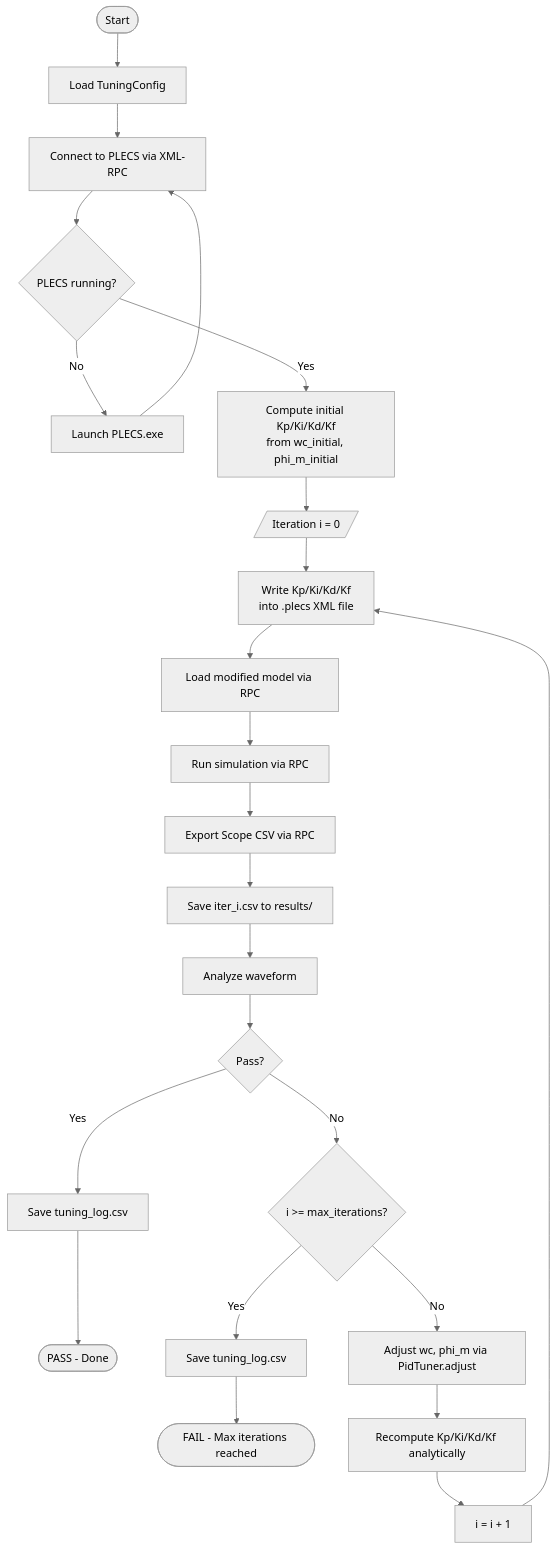
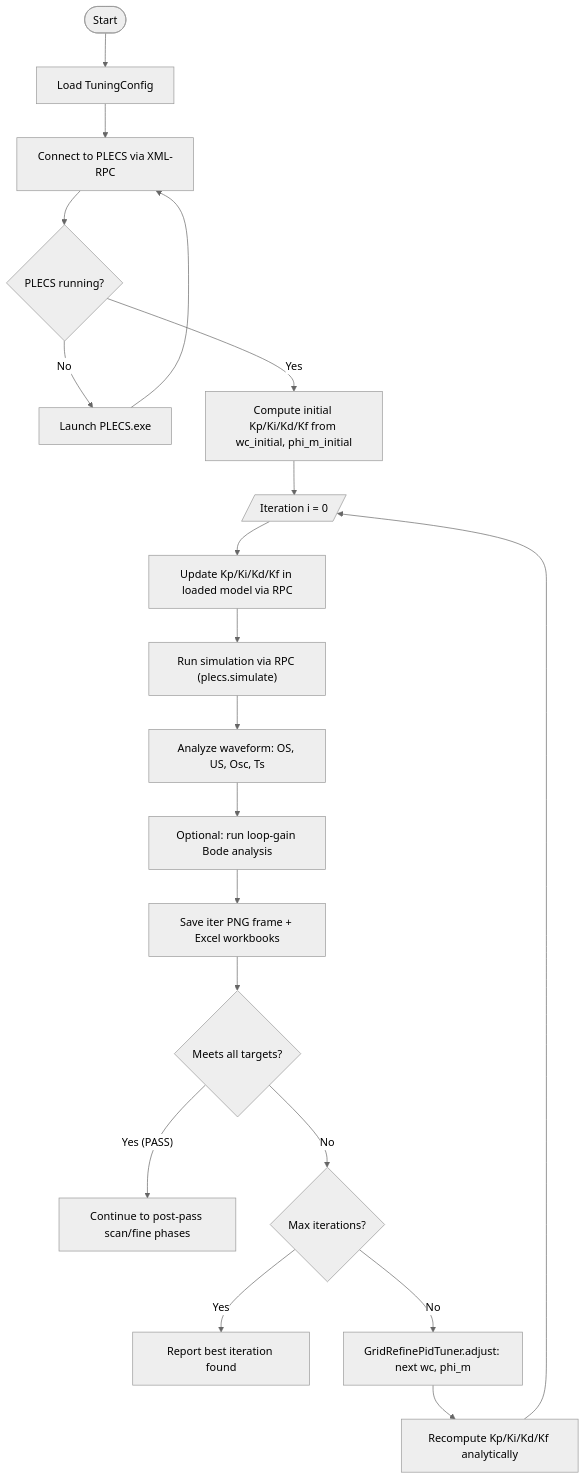
The first of 4 diagrams in README.md (mianliao2000/plecs-pid-autotuner), drawn with Mermaid (neutral theme) before and after one commit. The commit also changed other lines of this file and 4 other files, not shown here.

First line of the commit message:
Switch coarse wc grid to log spacing; fix Run Single Iteration bugs

````diff
--- a/README.md
+++ b/README.md
@@ -174,26 +204,22 @@
 ```mermaid
 flowchart TD
     A([Start]) --> B[Load TuningConfig]
     B --> C[Connect to PLECS via XML-RPC]
     C --> D{PLECS running?}
     D -- No --> E[Launch PLECS.exe]
     E --> C
-    D -- Yes --> F["Compute initial Kp/Ki/Kd/Kf\nfrom wc_initial, phi_m_initial"]
+    D -- Yes --> F["Compute initial Kp/Ki/Kd/Kf from wc_initial, phi_m_initial"]
     F --> G[/Iteration i = 0/]
-    G --> H["Write Kp/Ki/Kd/Kf\ninto .plecs XML file"]
-    H --> I[Load modified model via RPC]
-    I --> J[Run simulation via RPC]
-    J --> K[Export Scope CSV via RPC]
-    K --> L["Save iter_i.csv to results/"]
-    L --> M[Analyze waveform]
-    M --> N{Pass?}
-    N -- Yes --> O[Save tuning_log.csv]
-    O --> P([PASS - Done])
-    N -- No --> Q{i >= max_iterations?}
-    Q -- Yes --> R[Save tuning_log.csv]
-    R --> S([FAIL - Max iterations reached])
-    Q -- No --> T["Adjust wc, phi_m via PidTuner.adjust"]
-    T --> U["Recompute Kp/Ki/Kd/Kf analytically"]
-    U --> V[i = i + 1]
-    V --> H
+    G --> H["Update Kp/Ki/Kd/Kf in loaded model via RPC"]
+    H --> I["Run simulation via RPC (plecs.simulate)"]
+    I --> J["Analyze waveform: OS, US, Osc, Ts"]
+    J --> K["Optional: run loop-gain Bode analysis"]
+    K --> L["Save iter PNG frame + Excel workbooks"]
+    L --> M{Meets all targets?}
+    M -- Yes (PASS) --> N["Continue to post-pass scan/fine phases"]
+    M -- No --> O{Max iterations?}
+    O -- Yes --> P[Report best iteration found]
+    O -- No --> Q["GridRefinePidTuner.adjust: next wc, phi_m"]
+    Q --> R["Recompute Kp/Ki/Kd/Kf analytically"]
+    R --> G
 ```
````
